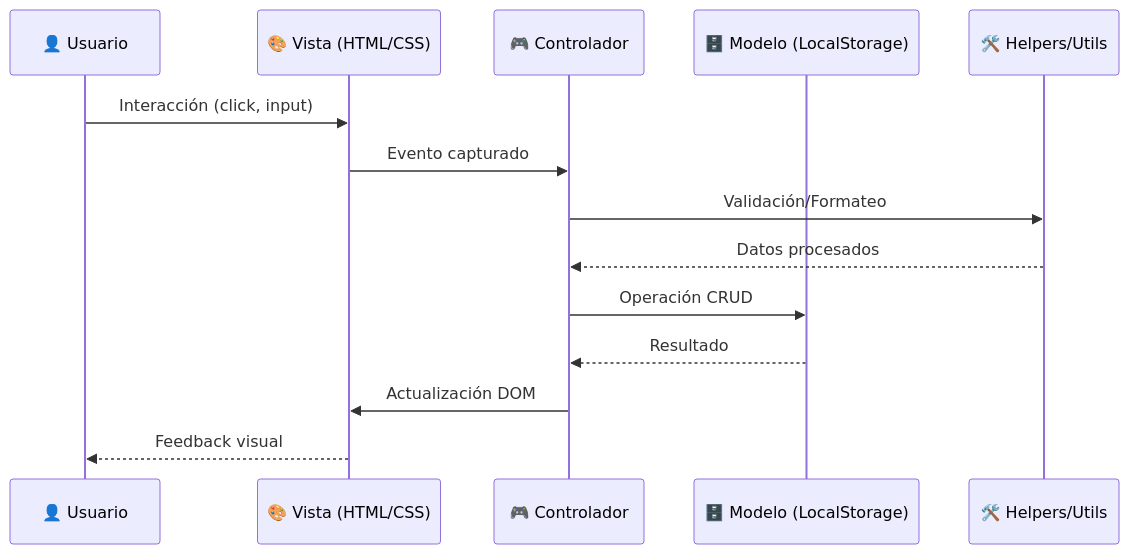
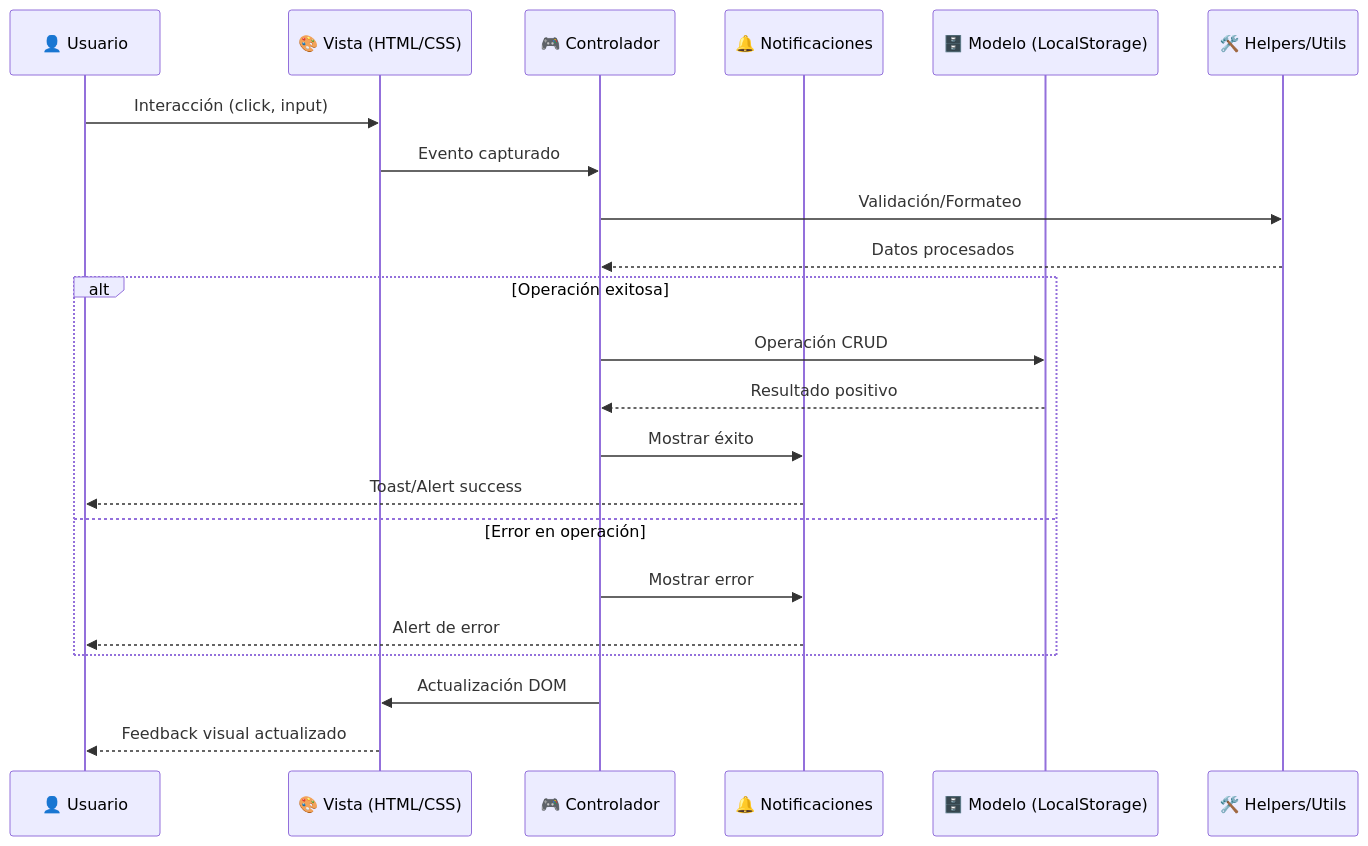
The second of 3 diagrams in README.md (YamiCueto/academy.ia), drawn with Mermaid before and after one commit. The commit also changed other lines of this file, not shown here.

````diff
--- a/README.md
+++ b/README.md
@@ -126,17 +277,25 @@
 ```mermaid
 sequenceDiagram
     participant U as 👤 Usuario
     participant V as 🎨 Vista (HTML/CSS)
     participant C as 🎮 Controlador
+    participant N as 🔔 Notificaciones
     participant M as 🗄️ Modelo (LocalStorage)
     participant H as 🛠️ Helpers/Utils
     
     U->>V: Interacción (click, input)
     V->>C: Evento capturado
     C->>H: Validación/Formateo
     H-->>C: Datos procesados
-    C->>M: Operación CRUD
-    M-->>C: Resultado
+    alt Operación exitosa
+        C->>M: Operación CRUD
+        M-->>C: Resultado positivo
+        C->>N: Mostrar éxito
+        N-->>U: Toast/Alert success
+    else Error en operación
+        C->>N: Mostrar error
+        N-->>U: Alert de error
+    end
     C->>V: Actualización DOM
-    V-->>U: Feedback visual
+    V-->>U: Feedback visual actualizado
 ```
````
